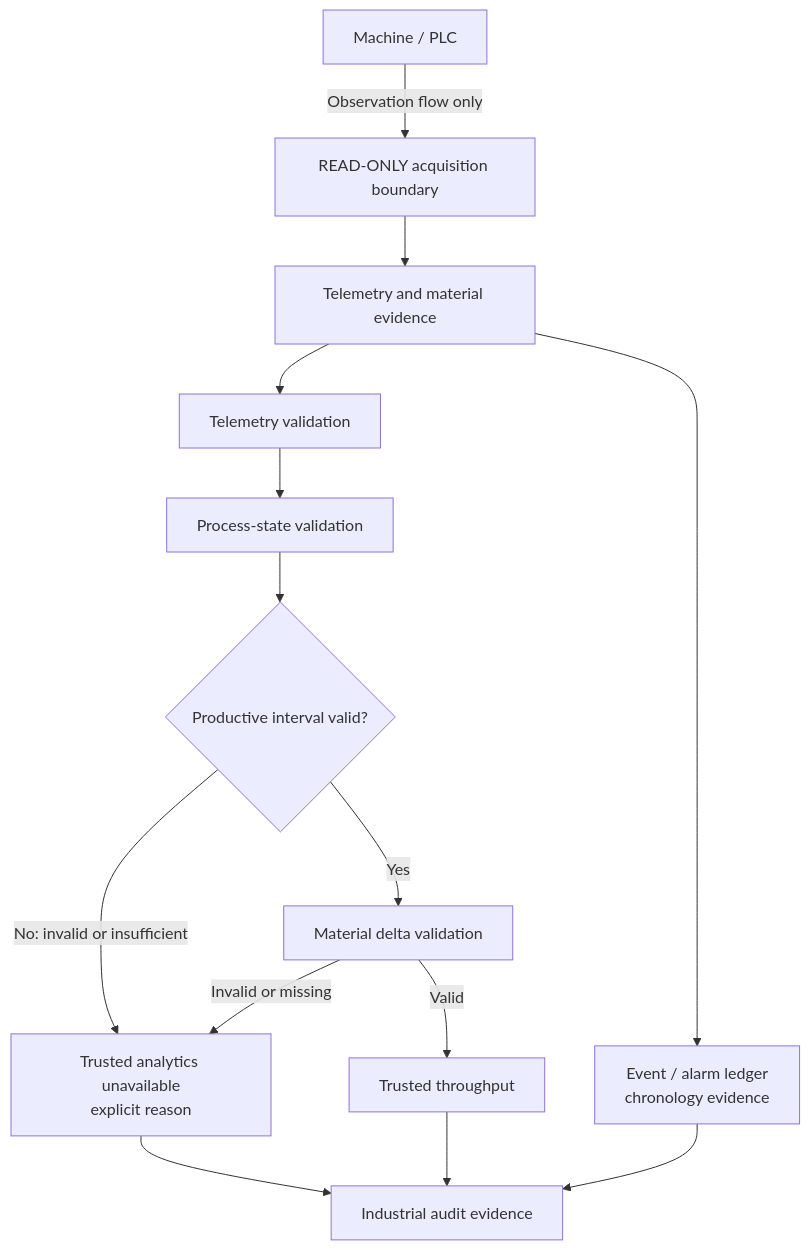
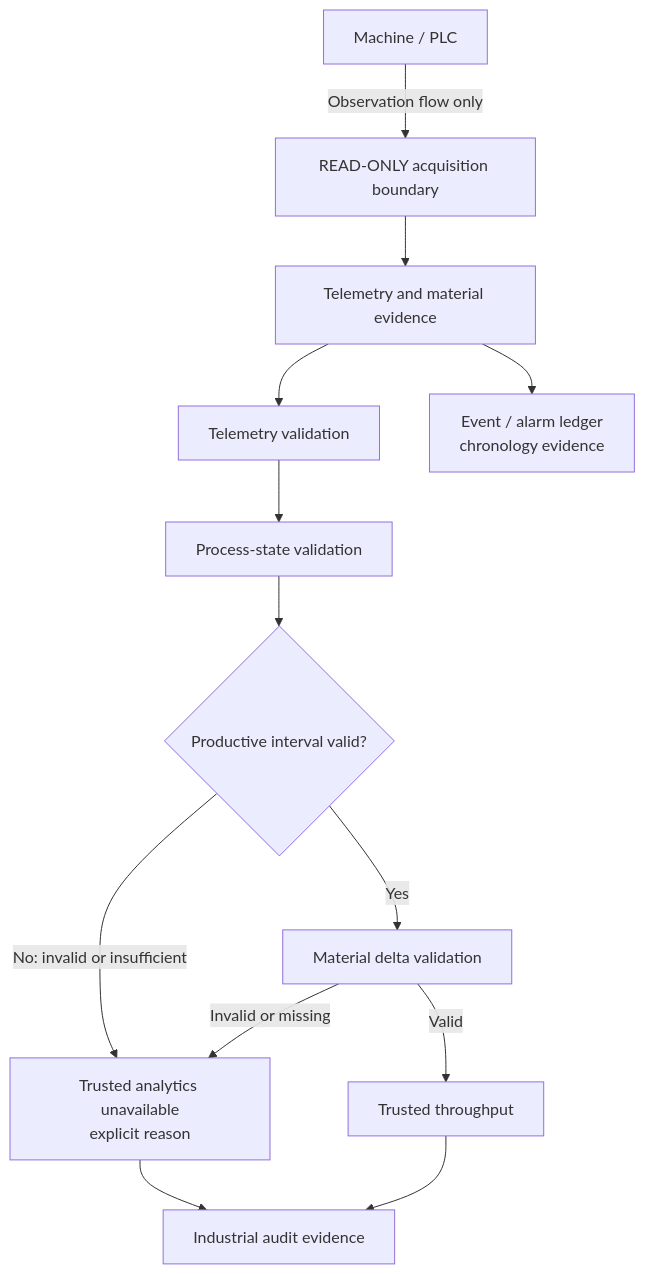
The fourth of 6 diagrams in README.md (dfeen87/AILEE-Trust-Layer), drawn with Mermaid before and after one commit. The commit also changed other lines of this file, not shown here.

````diff
--- a/README.md
+++ b/README.md
@@ -274,16 +277,15 @@
 ```mermaid
 flowchart TD
     M[Machine / PLC] -->|Observation flow only| B[READ-ONLY acquisition boundary]
     B --> T[Telemetry and material evidence]
     T --> TV[Telemetry validation]
     TV --> PS[Process-state validation]
     T --> EL[Event / alarm ledger<br/>chronology evidence]
     PS --> PI{Productive interval valid?}
     PI -->|No: invalid or insufficient| X[Trusted analytics unavailable<br/>explicit reason]
     PI -->|Yes| MV[Material delta validation]
     MV -->|Invalid or missing| X
     MV -->|Valid| TT[Trusted throughput]
     TT --> AU[Industrial audit evidence]
     X --> AU
-    EL --> AU
 ```
````
